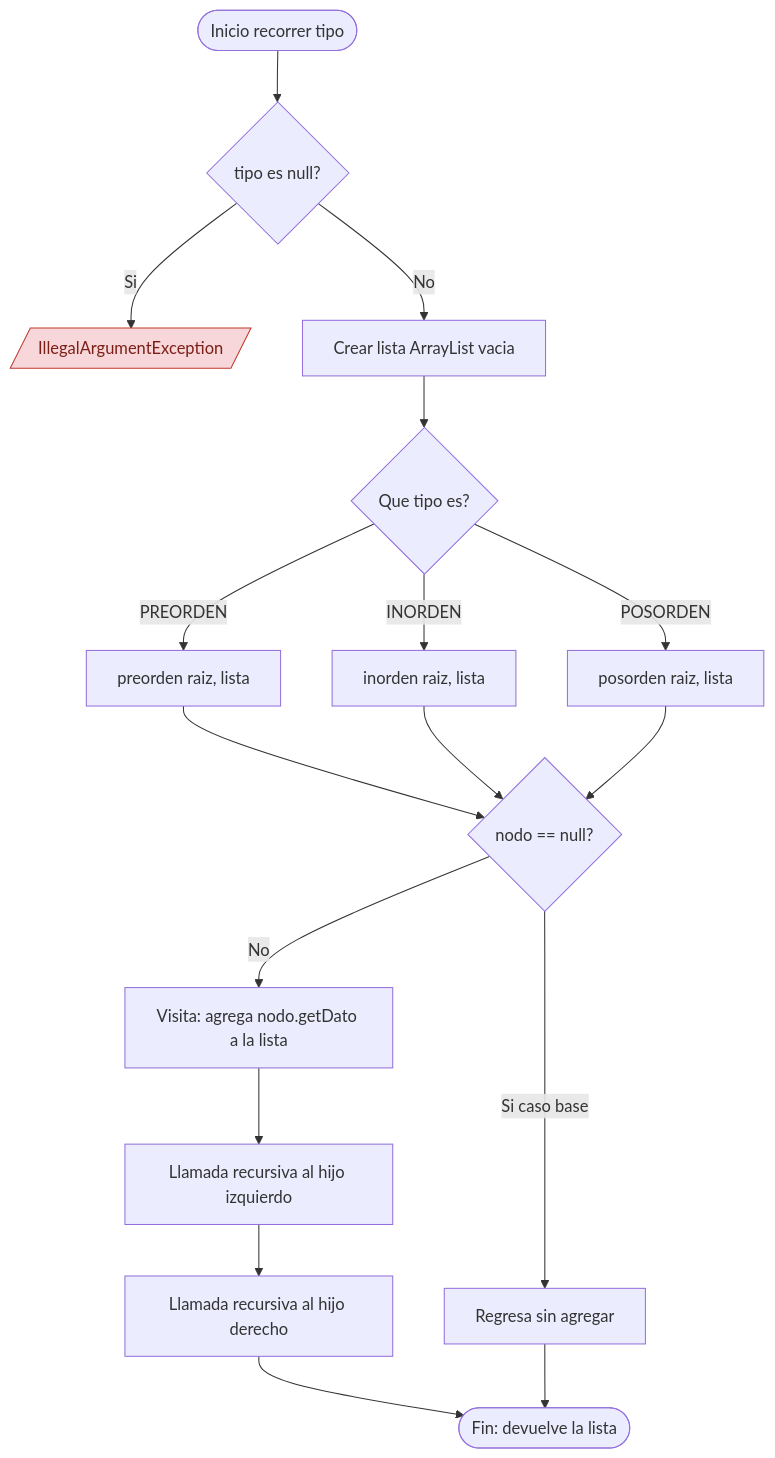
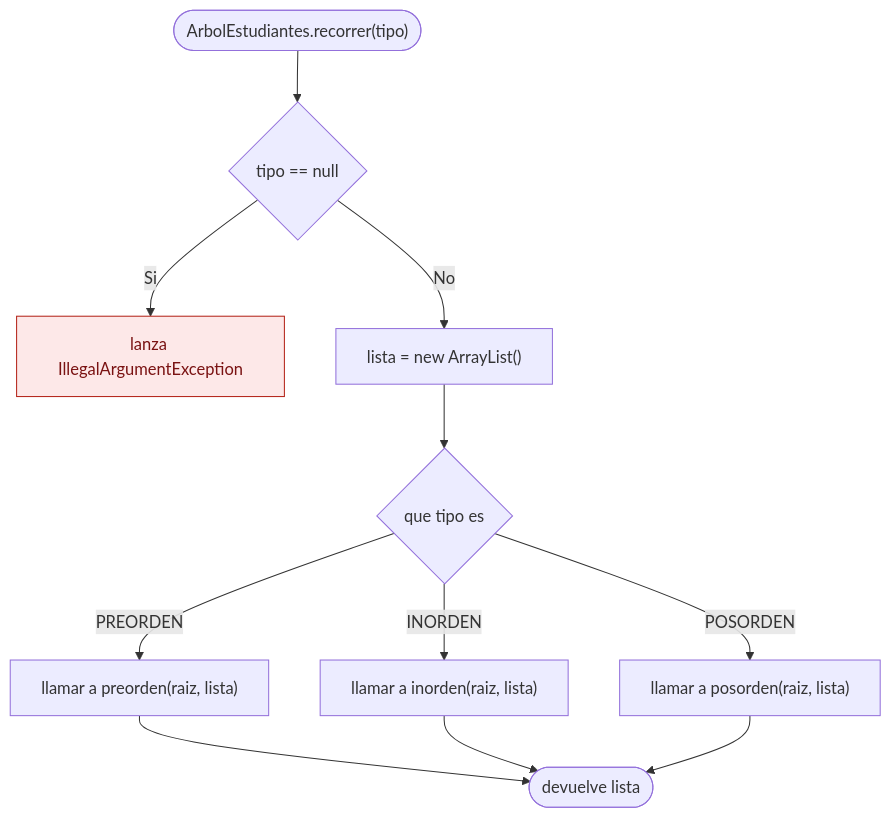
Before and after one commit to Damienq7w/APE3-Arboles-Integrado: the first of 3 diagrams in docs/diagramas-flujo/flujo_recorridos.md, drawn with Mermaid. The commit also changed other lines of this file and 1 other file, not shown here.

Commit message:
Modificacion de los diagramas

````diff
--- a/docs/diagramas-flujo/flujo_recorridos.md
+++ b/docs/diagramas-flujo/flujo_recorridos.md
@@ -5,21 +28,14 @@
 ```mermaid
 flowchart TD
-    A([Inicio recorrer tipo]) --> B{tipo es null?}
-    B -- Si --> E[/IllegalArgumentException/]
-    B -- No --> C[Crear lista ArrayList vacia]
-    C --> D{Que tipo es?}
-    D -- PREORDEN --> P[preorden raiz, lista]
-    D -- INORDEN --> I[inorden raiz, lista]
-    D -- POSORDEN --> S[posorden raiz, lista]
-    P --> N{nodo == null?}
-    I --> N
-    S --> N
-    N -- Si caso base --> R[Regresa sin agregar]
-    N -- No --> V[Visita: agrega nodo.getDato a la lista]
-    V --> L[Llamada recursiva al hijo izquierdo]
-    L --> RD[Llamada recursiva al hijo derecho]
-    RD --> F([Fin: devuelve la lista])
-    R --> F
-
-    style E fill:#f8d7da,stroke:#c0392b,color:#7b1f17
+    classDef fallo fill:#fde8e8,stroke:#b42318,color:#7a1212
+    A(["ArbolEstudiantes.recorrer(tipo)"]) --> B{"tipo == null"}
+    B -- Si --> C["lanza IllegalArgumentException"]:::fallo
+    B -- No --> D["lista = new ArrayList()"]
+    D --> E{"que tipo es"}
+    E -- PREORDEN --> F["llamar a preorden(raiz, lista)"]
+    E -- INORDEN --> G["llamar a inorden(raiz, lista)"]
+    E -- POSORDEN --> H["llamar a posorden(raiz, lista)"]
+    F --> I(["devuelve lista"])
+    G --> I
+    H --> I
 ```
````
